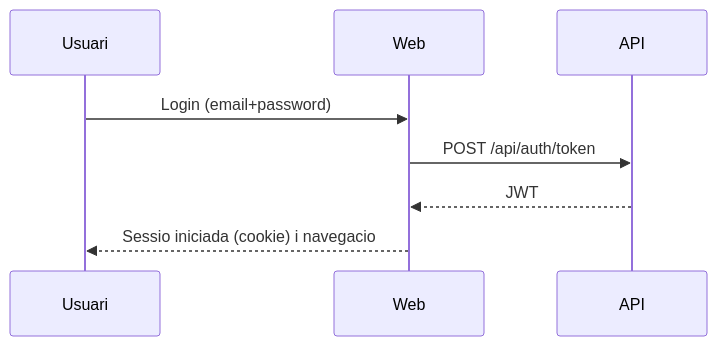
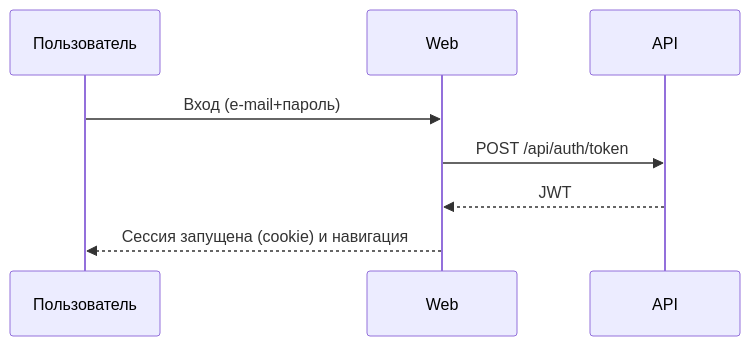
One commit to dmoraroca/escoles-publiques changed the third of 3 diagrams in src/Web/HelpDocs/ru/functional.md. Above: the diagram before and after it, drawn with Mermaid. The commit also changed other lines of this file and 11 other files, not shown here.

````diff
--- a/src/Web/HelpDocs/ru/functional.md
+++ b/src/Web/HelpDocs/ru/functional.md
@@ -95,11 +95,11 @@
 ```mermaid
 sequenceDiagram
-  participant U as Usuari
+  participant U as Пользователь
   participant W as Web
   participant A as API
 
-  U->>W: Login (email+password)
+  U->>W: Вход (e-mail+пароль)
   W->>A: POST /api/auth/token
   A-->>W: JWT
-  W-->>U: Sessio iniciada (cookie) i navegacio
+  W-->>U: Сессия запущена (cookie) и навигация
 ```
````
